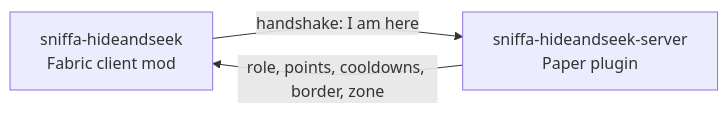
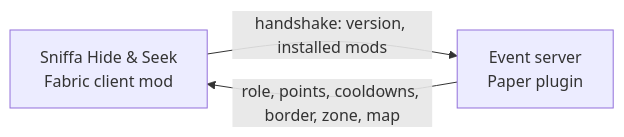
One commit to sniffa-studio/sniffa-hideandseek changed the diagram in README.md. Above: the diagram before and after it, drawn with Mermaid. The commit also changed other lines of this file and 1 other file, not shown here.

Commit message:
docs: rewrite the readme for players and explain what the mod does and does not do

````diff
--- a/README.md
+++ b/README.md
@@ -37,8 +59,8 @@
 ```mermaid
 flowchart LR
-    mod["sniffa-hideandseek<br/>Fabric client mod"]
-    server["sniffa-hideandseek-server<br/>Paper plugin"]
+    mod["Sniffa Hide & Seek<br/>Fabric client mod"]
+    server["Event server<br/>Paper plugin"]
 
-    mod -- "handshake: I am here" --> server
-    server -- "role, points, cooldowns, border, zone" --> mod
+    mod -- "handshake: version, installed mods" --> server
+    server -- "role, points, cooldowns, border, zone, map" --> mod
 ```
````
